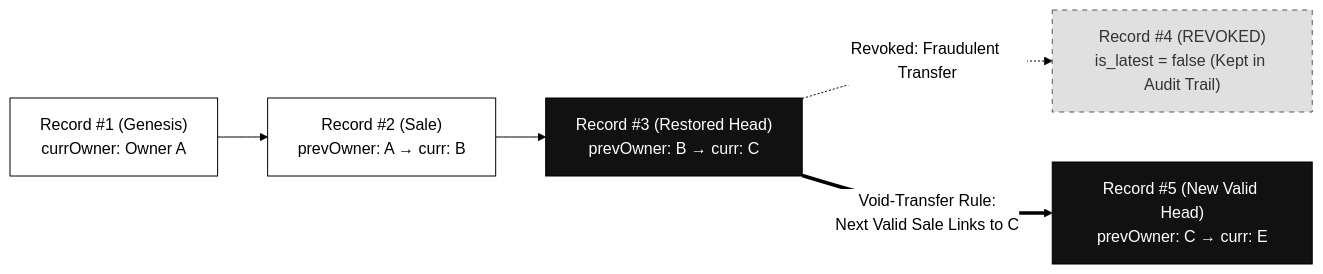
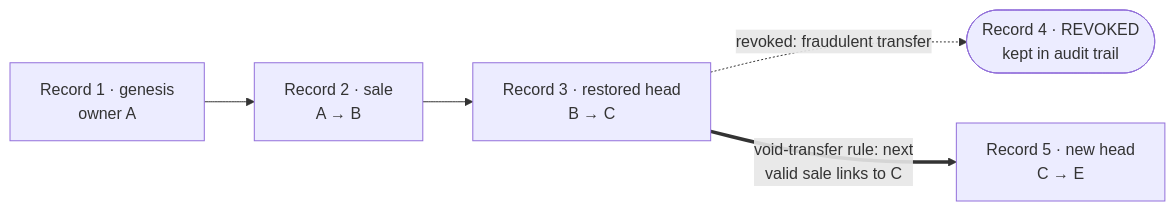
The seventh of 8 diagrams in README.md (rmn2178/NOSIH-secure), drawn with Mermaid before and after one commit. The commit also changed other lines of this file, not shown here.

First line of the commit message:
docs(readme): rework mermaid diagrams for theme-adaptive clarity

````diff
--- a/README.md
+++ b/README.md
@@ -318,12 +298,7 @@
 ```mermaid
-%%{init: {'theme': 'base', 'themeVariables': { 'primaryColor': '#ffffff', 'primaryTextColor': '#000000', 'primaryBorderColor': '#000000', 'lineColor': '#000000'}}}%%
 flowchart LR
-    R1["Record #1 (Genesis)<br/>currOwner: Owner A"] --> R2["Record #2 (Sale)<br/>prevOwner: A → curr: B"]
-    R2 --> R3["Record #3 (Restored Head)<br/>prevOwner: B → curr: C"]
-    R3 -.->|Revoked: Fraudulent Transfer| R4["Record #4 (REVOKED)<br/>is_latest = false (Kept in Audit Trail)"]
-    R3 ==>|Void-Transfer Rule:<br/>Next Valid Sale Links to C| R5["Record #5 (New Valid Head)<br/>prevOwner: C → curr: E"]
-
-    style R3 fill:#111111,stroke:#000000,color:#ffffff
-    style R5 fill:#111111,stroke:#000000,color:#ffffff
-    style R4 fill:#e0e0e0,stroke:#555555,stroke-dasharray: 5 5,color:#333333
+    R1["Record 1 · genesis<br/>owner A"] --> R2["Record 2 · sale<br/>A → B"]
+    R2 --> R3["Record 3 · restored head<br/>B → C"]
+    R3 -.->|revoked: fraudulent transfer| R4(["Record 4 · REVOKED<br/>kept in audit trail"])
+    R3 ==>|void-transfer rule: next<br/>valid sale links to C| R5["Record 5 · new head<br/>C → E"]
 ```
````
